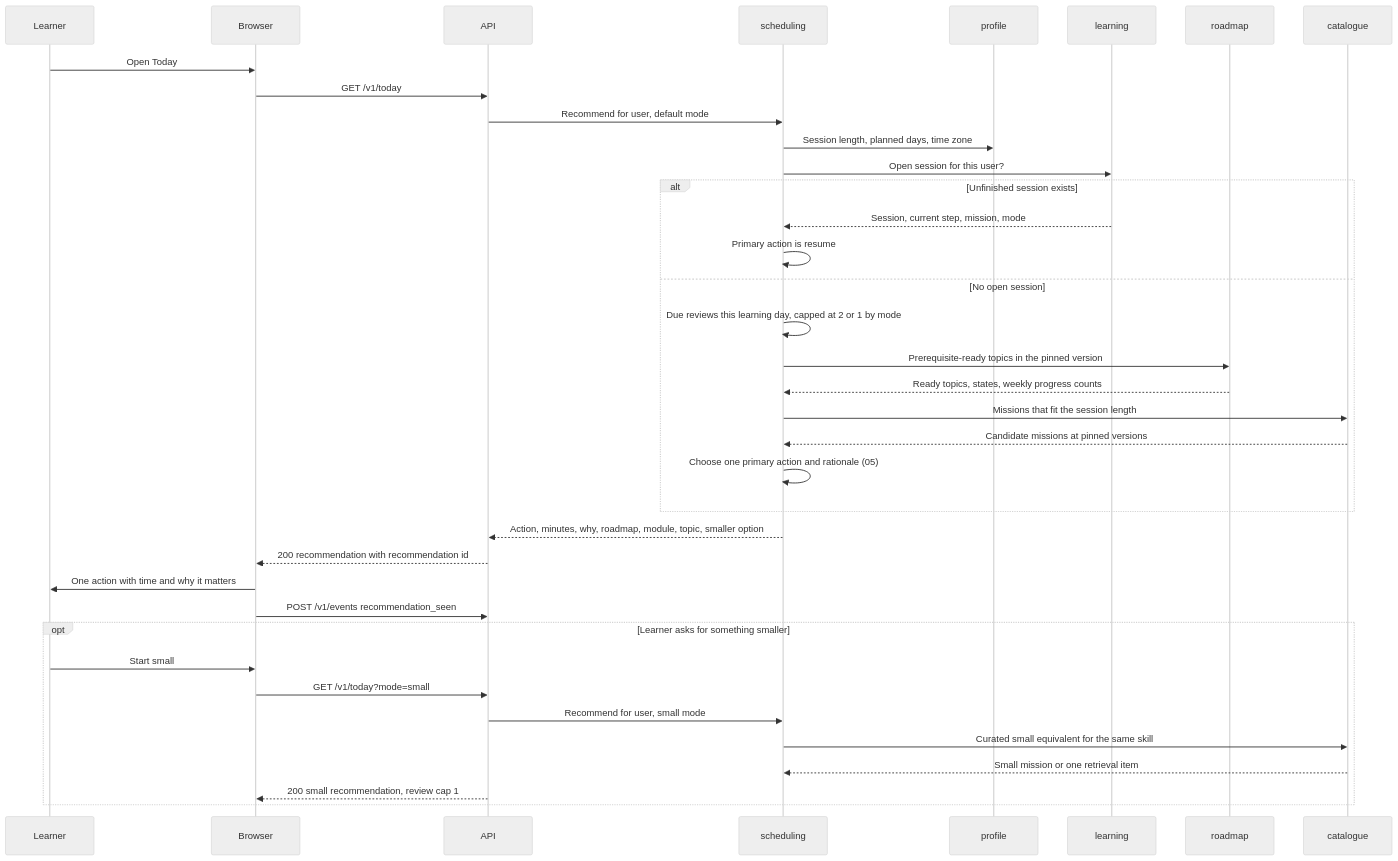
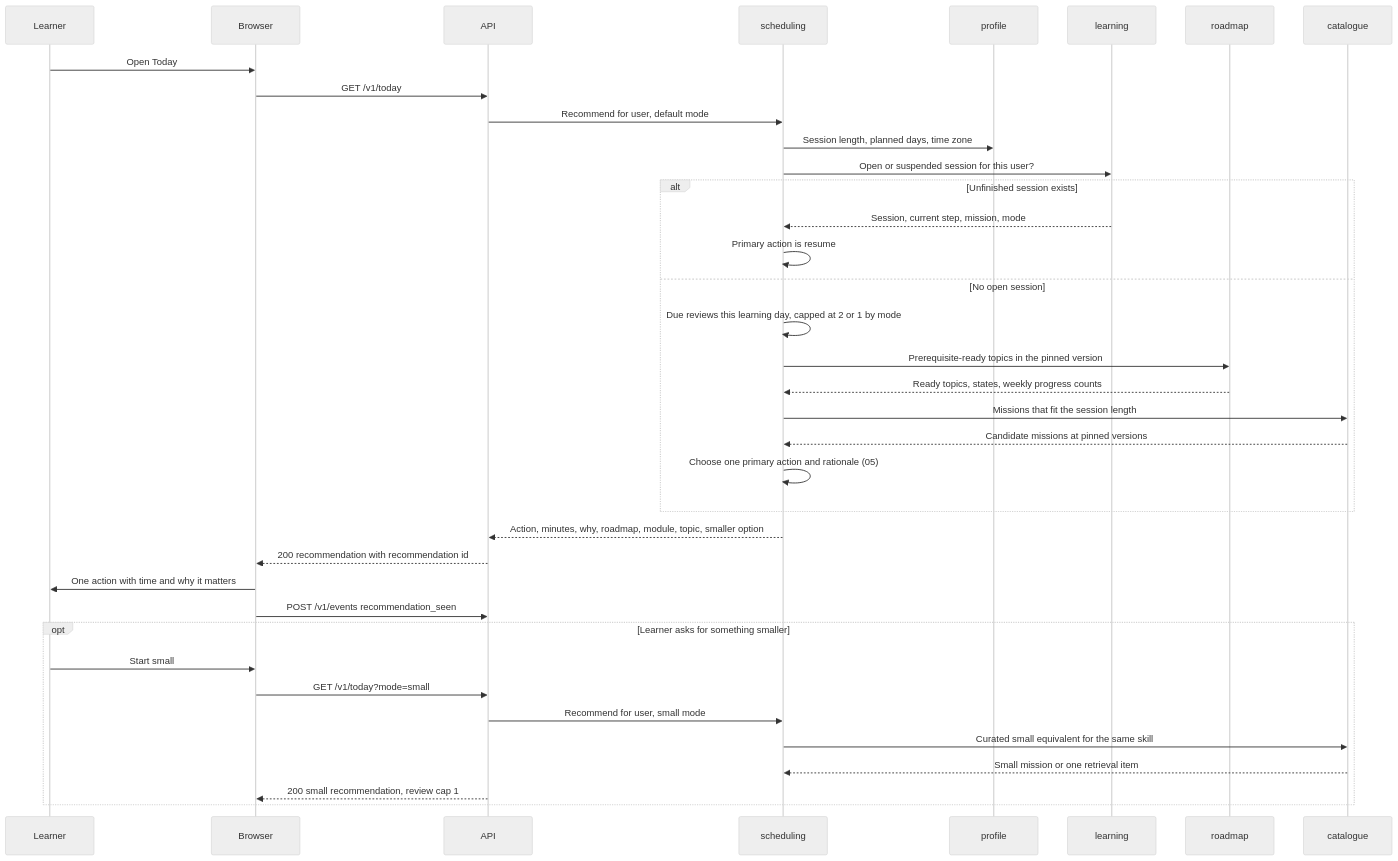
One commit to GhanshyamSoni68/app_idea changed the fifth of 19 diagrams in devstep/docs/03-key-flows.md. Above: the diagram before and after it, drawn with Mermaid (neutral theme). The commit also changed other lines of this file and 8 other files, not shown here.

````diff
--- a/devstep/docs/03-key-flows.md
+++ b/devstep/docs/03-key-flows.md
@@ -311,39 +320,39 @@
 ```mermaid
 sequenceDiagram
     participant L as Learner
     participant B as Browser
     participant API
     participant SCH as scheduling
     participant PRF as profile
     participant LRN as learning
     participant RM as roadmap
     participant CAT as catalogue
     L->>B: Open Today
     B->>API: GET /v1/today
     API->>SCH: Recommend for user, default mode
     SCH->>PRF: Session length, planned days, time zone
-    SCH->>LRN: Open session for this user?
+    SCH->>LRN: Open or suspended session for this user?
     alt Unfinished session exists
         LRN-->>SCH: Session, current step, mission, mode
         SCH->>SCH: Primary action is resume
     else No open session
         SCH->>SCH: Due reviews this learning day, capped at 2 or 1 by mode
         SCH->>RM: Prerequisite-ready topics in the pinned version
         RM-->>SCH: Ready topics, states, weekly progress counts
         SCH->>CAT: Missions that fit the session length
         CAT-->>SCH: Candidate missions at pinned versions
         SCH->>SCH: Choose one primary action and rationale (05)
     end
     SCH-->>API: Action, minutes, why, roadmap, module, topic, smaller option
     API-->>B: 200 recommendation with recommendation id
     B->>L: One action with time and why it matters
     B->>API: POST /v1/events recommendation_seen
     opt Learner asks for something smaller
         L->>B: Start small
         B->>API: GET /v1/today?mode=small
         API->>SCH: Recommend for user, small mode
         SCH->>CAT: Curated small equivalent for the same skill
         CAT-->>SCH: Small mission or one retrieval item
         API-->>B: 200 small recommendation, review cap 1
     end
 ```
````
